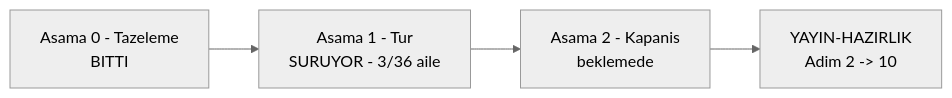
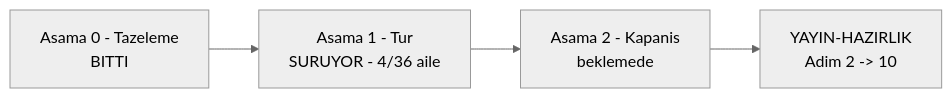
The diagram in docs/manuel-test/kosumlar/2026-09-16/DEVIR.md (farukatasoy/Tracon), drawn with Mermaid (neutral theme) before and after one commit. The commit also changed other lines of this file and 3 other files, not shown here.

````diff
--- a/docs/manuel-test/kosumlar/2026-09-16/DEVIR.md
+++ b/docs/manuel-test/kosumlar/2026-09-16/DEVIR.md
@@ -31,6 +32,6 @@
 ```mermaid
 flowchart LR
-    A["Asama 0 - Tazeleme<br/>BITTI"] --> B["Asama 1 - Tur<br/>SURUYOR - 3/36 aile"]
+    A["Asama 0 - Tazeleme<br/>BITTI"] --> B["Asama 1 - Tur<br/>SURUYOR - 4/36 aile"]
     B --> C["Asama 2 - Kapanis<br/>beklemede"]
     C --> D["YAYIN-HAZIRLIK<br/>Adim 2 -> 10"]
 ```
````
